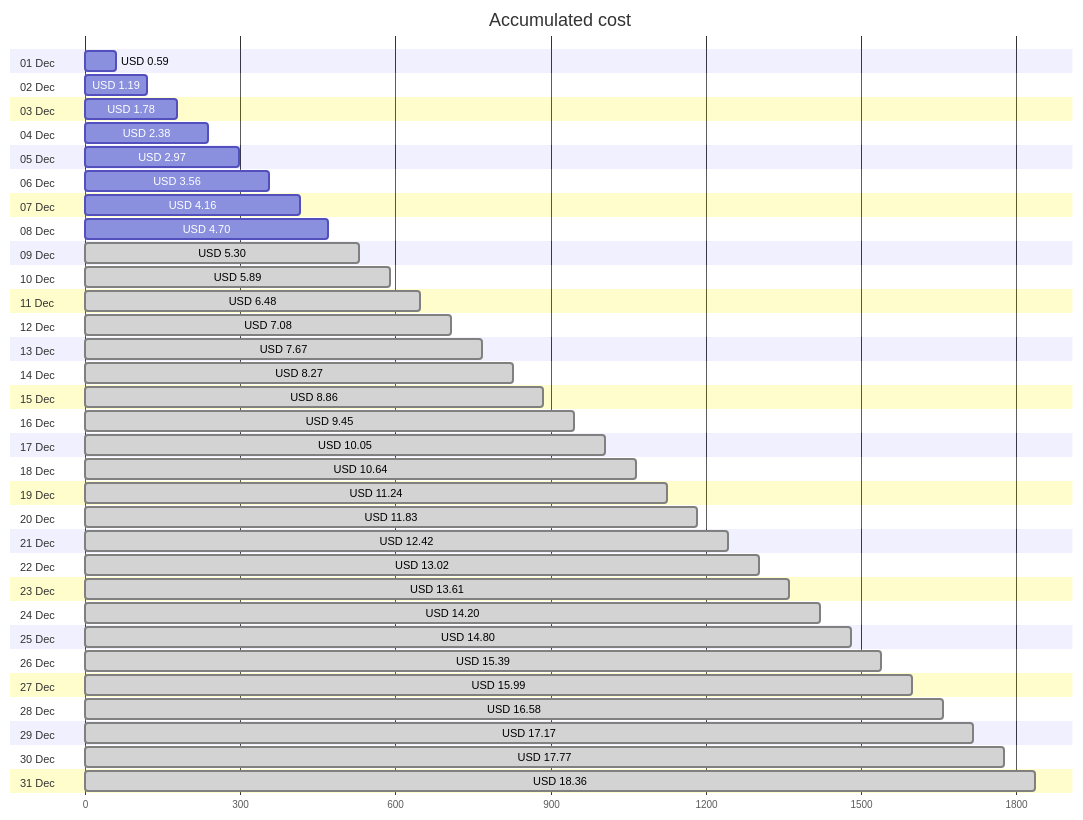
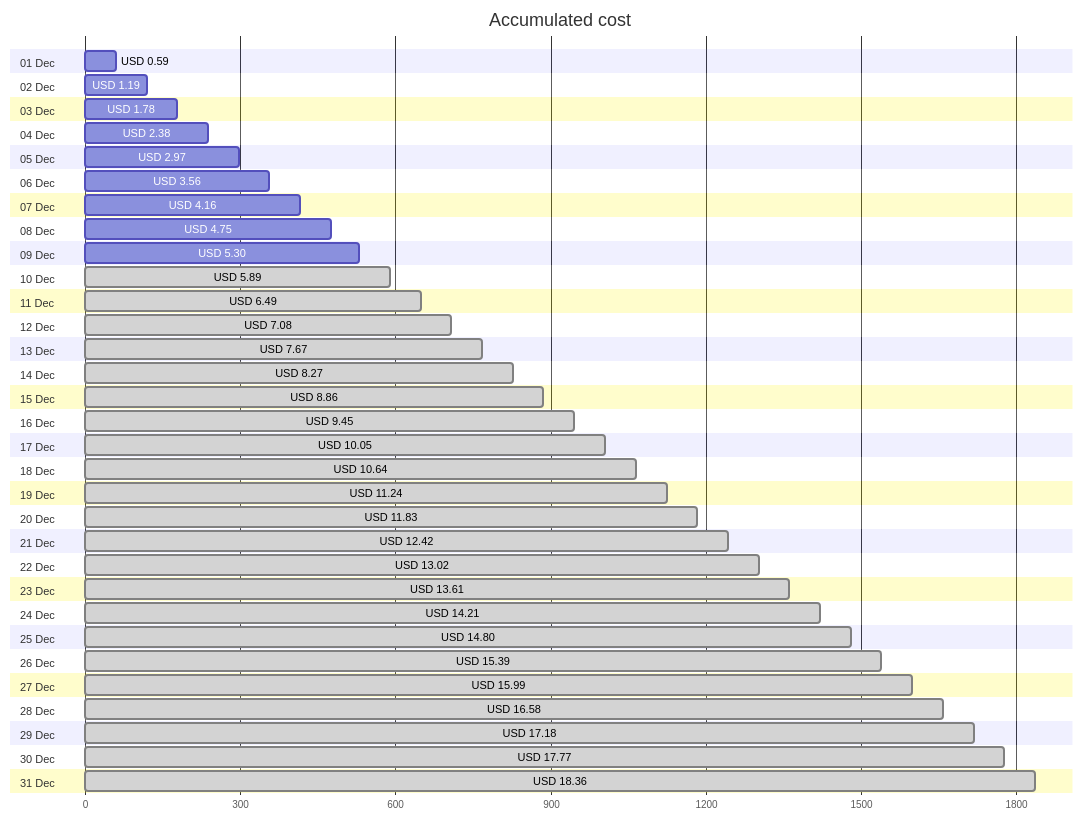
The first of 4 diagrams in cost-reports/personal-site/README.md (jpfulton/azure-personal-reports), drawn with Mermaid before and after one commit. The commit also changed other lines of this file and 6 other files, not shown here.

````diff
--- a/cost-reports/personal-site/README.md
+++ b/cost-reports/personal-site/README.md
@@ -20,68 +20,68 @@
 ```mermaid
 gantt
    title Accumulated cost
    dateFormat  X
    axisFormat %s
    section 01 Dec
    USD 0.59 :0, 59
    section 02 Dec
    USD 1.19 :0, 119
    section 03 Dec
    USD 1.78 :0, 178
    section 04 Dec
    USD 2.38 :0, 238
    section 05 Dec
    USD 2.97 :0, 297
    section 06 Dec
    USD 3.56 :0, 356
    section 07 Dec
    USD 4.16 :0, 416
    section 08 Dec
-   USD 4.70 :0, 470
+   USD 4.75 :0, 475
    section 09 Dec
-   USD 5.30 : done, 0, 530
+   USD 5.30 :0, 530
    section 10 Dec
    USD 5.89 : done, 0, 589
    section 11 Dec
-   USD 6.48 : done, 0, 648
+   USD 6.49 : done, 0, 649
    section 12 Dec
    USD 7.08 : done, 0, 708
    section 13 Dec
    USD 7.67 : done, 0, 767
    section 14 Dec
    USD 8.27 : done, 0, 827
    section 15 Dec
    USD 8.86 : done, 0, 886
    section 16 Dec
    USD 9.45 : done, 0, 945
    section 17 Dec
    USD 10.05 : done, 0, 1005
    section 18 Dec
    USD 10.64 : done, 0, 1064
    section 19 Dec
    USD 11.24 : done, 0, 1124
    section 20 Dec
    USD 11.83 : done, 0, 1183
    section 21 Dec
    USD 12.42 : done, 0, 1242
    section 22 Dec
    USD 13.02 : done, 0, 1302
    section 23 Dec
    USD 13.61 : done, 0, 1361
    section 24 Dec
-   USD 14.20 : done, 0, 1420
+   USD 14.21 : done, 0, 1421
    section 25 Dec
    USD 14.80 : done, 0, 1480
    section 26 Dec
    USD 15.39 : done, 0, 1539
    section 27 Dec
    USD 15.99 : done, 0, 1599
    section 28 Dec
    USD 16.58 : done, 0, 1658
    section 29 Dec
-   USD 17.17 : done, 0, 1717
+   USD 17.18 : done, 0, 1718
    section 30 Dec
    USD 17.77 : done, 0, 1777
    section 31 Dec
    USD 18.36 : done, 0, 1836
 ```
````
